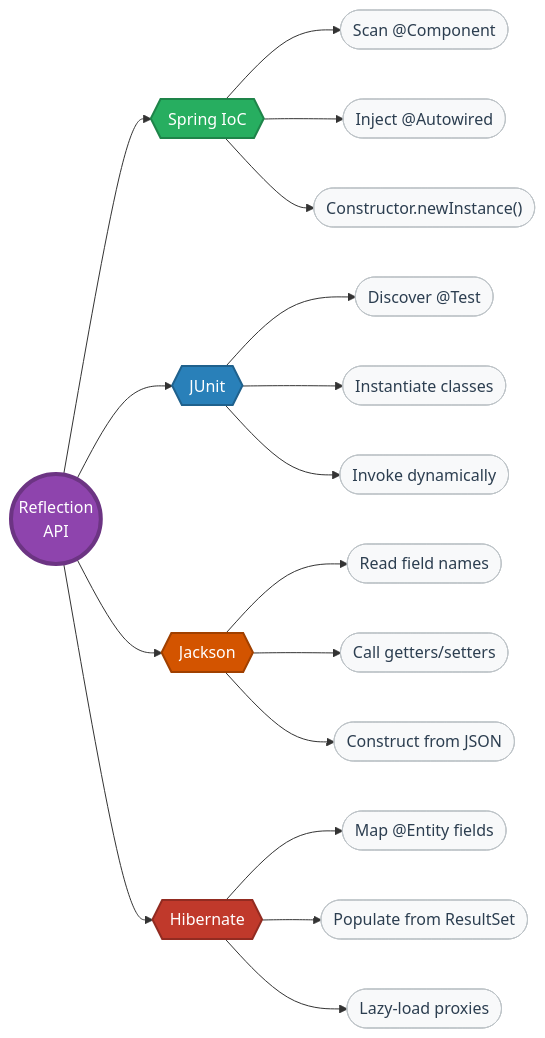
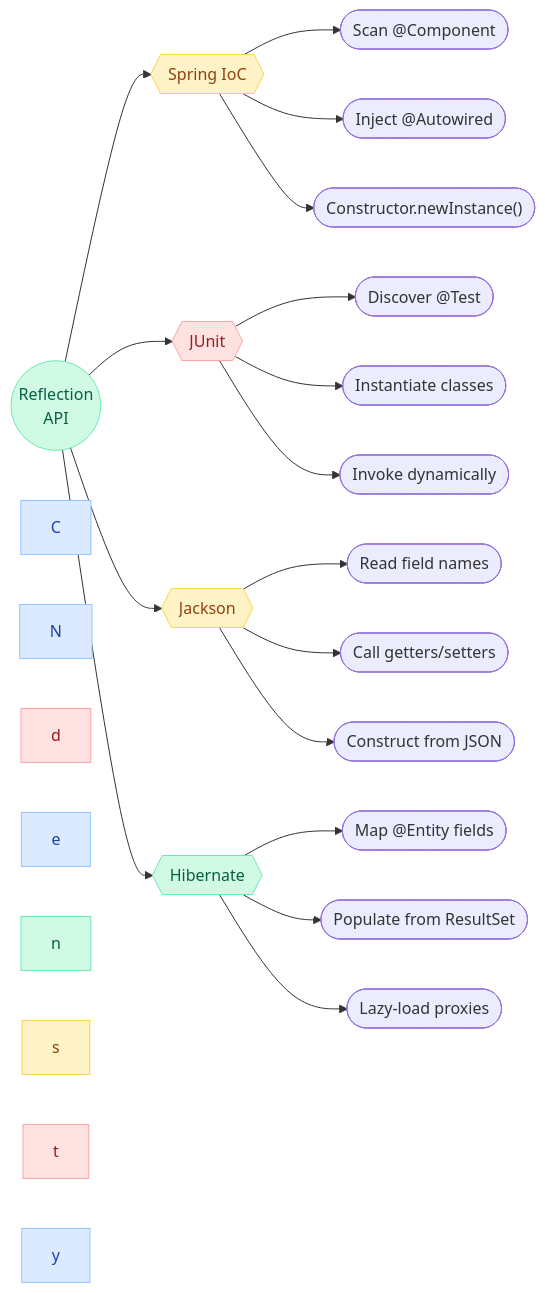
The fourth of 4 diagrams in docs/java/Reflection.md (saivamsikaruturi/vamsilabs-dev-notes-main), drawn with Mermaid before and after one commit. The commit also changed other lines of this file and 220 other files, not shown here.

First line of the commit message:
Add 50+ new Java/Spring Boot pages, rewrite CSS code blocks to Oracle style, fix all diagram colors

````diff
--- a/docs/java/Reflection.md
+++ b/docs/java/Reflection.md
@@ -140,32 +140,39 @@
 ```mermaid
 flowchart LR
-    R(("Reflection<br/>API")):::centerNode
+    R(("Reflection<br/>API"))
 
-    R --> SP{{"Spring IoC"}}:::springNode
-    R --> JU{{"JUnit"}}:::junitNode
-    R --> JK{{"Jackson"}}:::jacksonNode
-    R --> HB{{"Hibernate"}}:::hibernateNode
+    R --> SP{{"Spring IoC"}}
+    R --> JU{{"JUnit"}}
+    R --> JK{{"Jackson"}}
+    R --> HB{{"Hibernate"}}
 
-    SP --> SP1(["Scan @Component"]):::detailNode
-    SP --> SP2(["Inject @Autowired"]):::detailNode
-    SP --> SP3(["Constructor.newInstance()"]):::detailNode
+    SP --> SP1(["Scan @Component"])
+    SP --> SP2(["Inject @Autowired"])
+    SP --> SP3(["Constructor.newInstance()"])
 
-    JU --> JU1(["Discover @Test"]):::detailNode
-    JU --> JU2(["Instantiate classes"]):::detailNode
-    JU --> JU3(["Invoke dynamically"]):::detailNode
+    JU --> JU1(["Discover @Test"])
+    JU --> JU2(["Instantiate classes"])
+    JU --> JU3(["Invoke dynamically"])
 
-    JK --> JK1(["Read field names"]):::detailNode
-    JK --> JK2(["Call getters/setters"]):::detailNode
-    JK --> JK3(["Construct from JSON"]):::detailNode
+    JK --> JK1(["Read field names"])
+    JK --> JK2(["Call getters/setters"])
+    JK --> JK3(["Construct from JSON"])
 
-    HB --> HB1(["Map @Entity fields"]):::detailNode
-    HB --> HB2(["Populate from ResultSet"]):::detailNode
-    HB --> HB3(["Lazy-load proxies"]):::detailNode
+    HB --> HB1(["Map @Entity fields"])
+    HB --> HB2(["Populate from ResultSet"])
+    HB --> HB3(["Lazy-load proxies"])
 
-    classDef centerNode fill:#8E44AD,color:#fff,stroke:#6C3483,stroke-width:4px
-    classDef springNode fill:#27AE60,color:#fff,stroke:#1E8449,stroke-width:2px
-    classDef junitNode fill:#2980B9,color:#fff,stroke:#1F618D,stroke-width:2px
-    classDef jacksonNode fill:#D35400,color:#fff,stroke:#A04000,stroke-width:2px
-    classDef hibernateNode fill:#C0392B,color:#fff,stroke:#922B21,stroke-width:2px
-    classDef detailNode fill:#F8F9FA,color:#2C3E50,stroke:#BDC3C7
+    style C fill:#DBEAFE,stroke:#93C5FD,color:#1E40AF
+    style HB fill:#D1FAE5,stroke:#6EE7B7,color:#065F46
+    style JK fill:#FEF3C7,stroke:#FCD34D,color:#92400E
+    style JU fill:#FEE2E2,stroke:#FCA5A5,color:#991B1B
+    style N fill:#DBEAFE,stroke:#93C5FD,color:#1E40AF
+    style R fill:#D1FAE5,stroke:#6EE7B7,color:#065F46
+    style SP fill:#FEF3C7,stroke:#FCD34D,color:#92400E
+    style d fill:#FEE2E2,stroke:#FCA5A5,color:#991B1B
+    style e fill:#DBEAFE,stroke:#93C5FD,color:#1E40AF
+    style n fill:#D1FAE5,stroke:#6EE7B7,color:#065F46
+    style s fill:#FEF3C7,stroke:#FCD34D,color:#92400E
+    style t fill:#FEE2E2,stroke:#FCA5A5,color:#991B1B
+    style y fill:#DBEAFE,stroke:#93C5FD,color:#1E40AF
 ```
````
